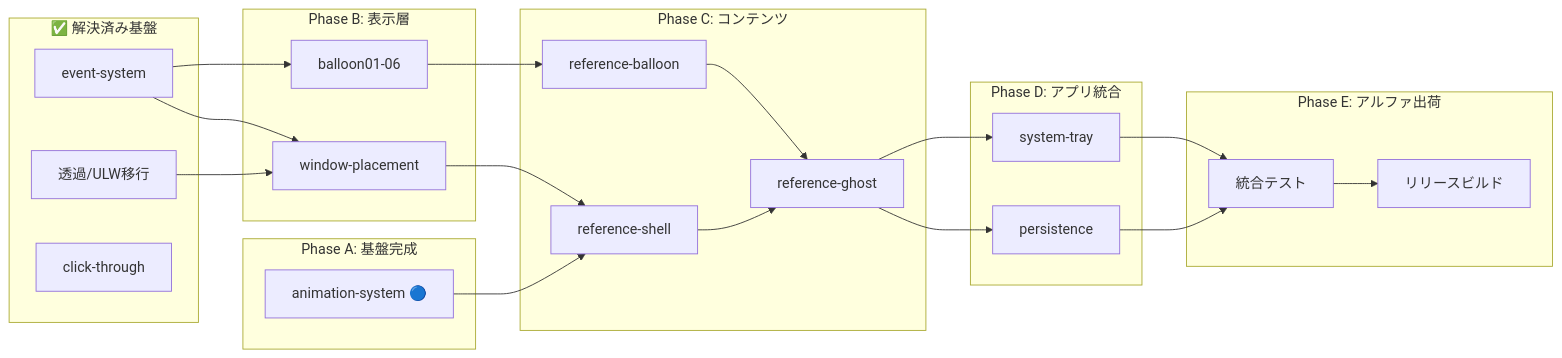
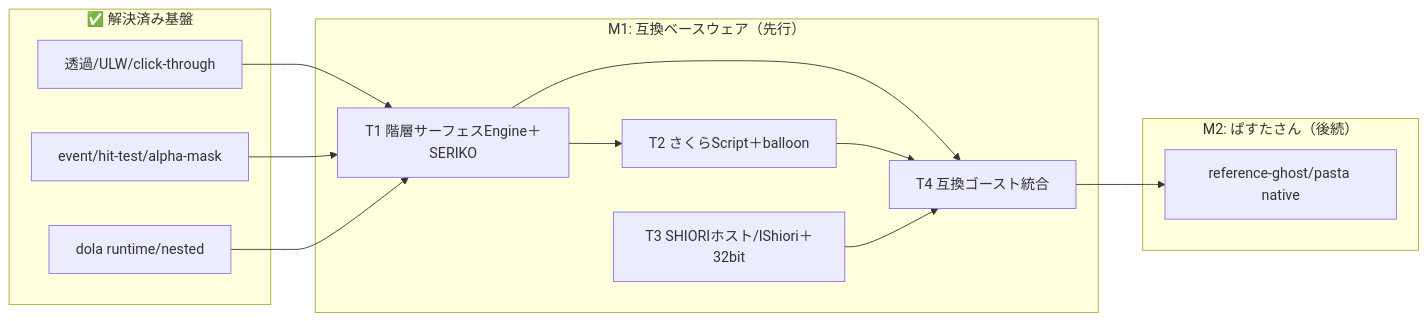
The diagram in doc/ROADMAP.md (ekicyou/areka), drawn with Mermaid before and after one commit. The commit also changed other lines of this file and 3 other files, not shown here.

First line of the commit message:
docs(roadmap): ukadoc互換ベースウェア戦略へ転換（v2.0）＋設計台帳

````diff
--- a/doc/ROADMAP.md
+++ b/doc/ROADMAP.md
@@ -136,47 +98,25 @@
 ```mermaid
 graph LR
     subgraph Done["✅ 解決済み基盤"]
-        EVT[event-system]
-        ULW[透過/ULW移行]
-        CLICK[click-through]
+        ULW[透過/ULW/click-through]
+        EVT[event/hit-test/alpha-mask]
+        DOLA[dola runtime/nested]
     end
-
-    subgraph PhaseA["Phase A: 基盤完成"]
-        ANIM[animation-system 🔵]
+    subgraph M1["M1: 互換ベースウェア（先行）"]
+        T1[T1 階層サーフェスEngine＋SERIKO]
+        T2[T2 さくらScript＋balloon]
+        T3[T3 SHIORIホスト/IShiori＋32bit]
+        T4[T4 互換ゴースト統合]
     end
-
-    subgraph PhaseB["Phase B: 表示層"]
-        BLN[balloon01-06]
-        WPL[window-placement]
+    subgraph M2["M2: ぱすたさん（後続）"]
+        GHOST[reference-ghost/pasta native]
     end
-
-    subgraph PhaseC["Phase C: コンテンツ"]
-        SHELL[reference-shell]
-        BALLOON[reference-balloon]
-        GHOST[reference-ghost]
-    end
-
-    subgraph PhaseD["Phase D: アプリ統合"]
-        TRAY[system-tray]
-        PERSIST[persistence]
-    end
-
-    subgraph PhaseE["Phase E: アルファ出荷"]
-        INTEG[統合テスト]
-        RELEASE[リリースビルド]
-    end
-
-    EVT --> BLN
-    EVT --> WPL
-    ULW --> WPL
-    ANIM --> SHELL
-    BLN --> BALLOON
-    WPL --> SHELL
-    SHELL --> GHOST
-    BALLOON --> GHOST
-    GHOST --> TRAY
-    GHOST --> PERSIST
-    TRAY --> INTEG
-    PERSIST --> INTEG
-    INTEG --> RELEASE
+    ULW --> T1
+    EVT --> T1
+    DOLA --> T1
+    T1 --> T2
+    T1 --> T4
+    T2 --> T4
+    T3 --> T4
+    T4 --> GHOST
 ```
````
